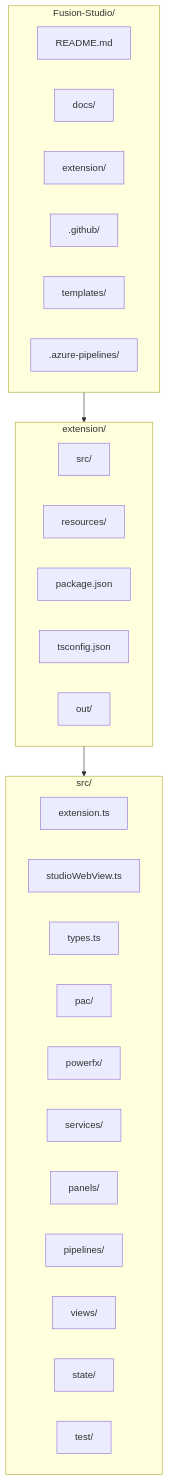
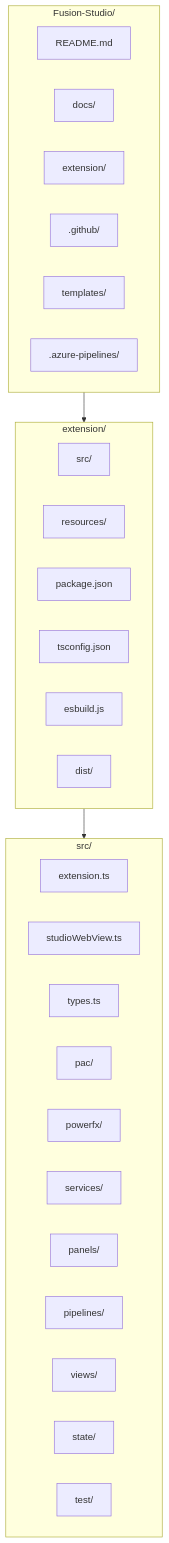
One commit to devladlog/Fusion-Studio changed the second of 11 diagrams in docs/DEVELOPMENT.md. Above: the diagram before and after it, drawn with Mermaid. The commit also changed other lines of this file and 15 other files, not shown here.

````diff
--- a/docs/DEVELOPMENT.md
+++ b/docs/DEVELOPMENT.md
@@ -34,36 +35,37 @@
 ```mermaid
 graph TD
     subgraph Root["Fusion-Studio/"]
         README[README.md]
         DOCS[docs/]
         EXT[extension/]
         GH[.github/]
         TPL[templates/]
         AZ[.azure-pipelines/]
     end
     
     subgraph Extension["extension/"]
         SRC[src/]
         RES[resources/]
         PKG[package.json]
         TS[tsconfig.json]
-        OUT[out/]
+        ESB[esbuild.js]
+        DIST[dist/]
     end
     
     subgraph Source["src/"]
         ENTRY[extension.ts]
         STUDIO[studioWebView.ts]
         TYPES[types.ts]
         PAC[pac/]
         PFX[powerfx/]
         SVC[services/]
         PAN[panels/]
         PIPE[pipelines/]
         VIEW[views/]
         STATE[state/]
         TEST[test/]
     end
     
     Root --> Extension
     Extension --> Source
 ```
````
